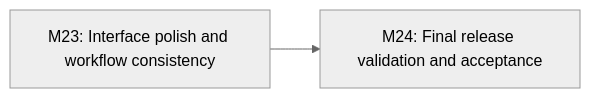
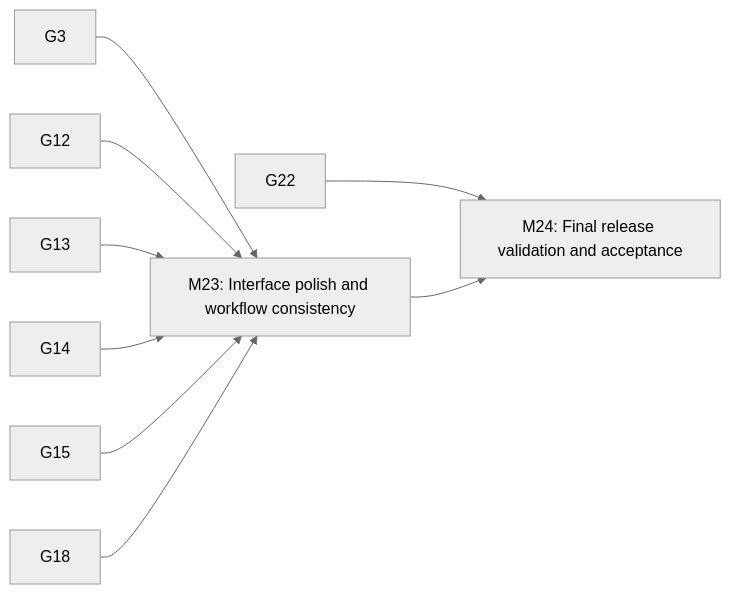
The seventh of 32 diagrams in docs/EXECUTION_GRAPH.md (ekamal22/HarborOps-Enterprise-Maritime-Logistics-IT-Operations-Platform), drawn with Mermaid (neutral theme) before and after one commit. The commit also changed other lines of this file and 2 other files, not shown here.

````diff
--- a/docs/EXECUTION_GRAPH.md
+++ b/docs/EXECUTION_GRAPH.md
@@ -103,6 +190,13 @@
 ```mermaid
 flowchart LR
   G23["M23: Interface polish and workflow consistency"]
   G24["M24: Final release validation and acceptance"]
+  G3 --> G23
+  G12 --> G23
+  G13 --> G23
+  G14 --> G23
+  G15 --> G23
+  G18 --> G23
+  G22 --> G24
   G23 --> G24
 ```
````
